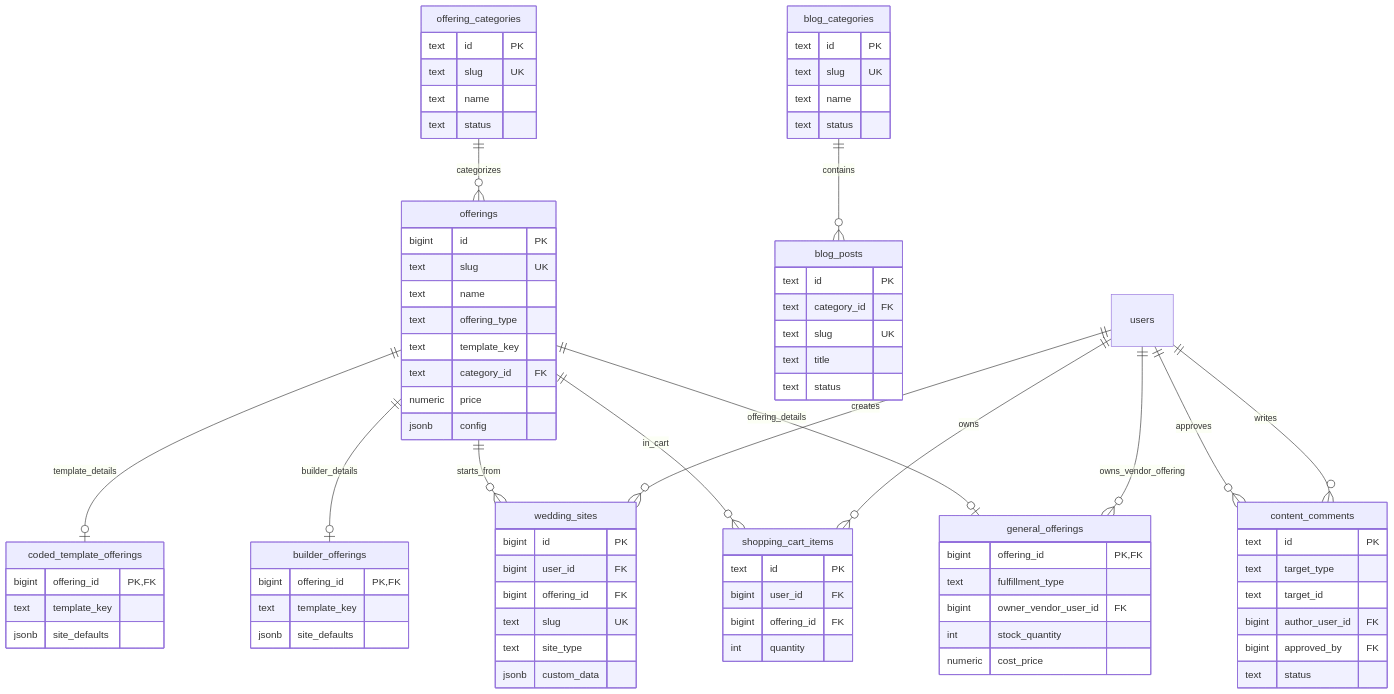
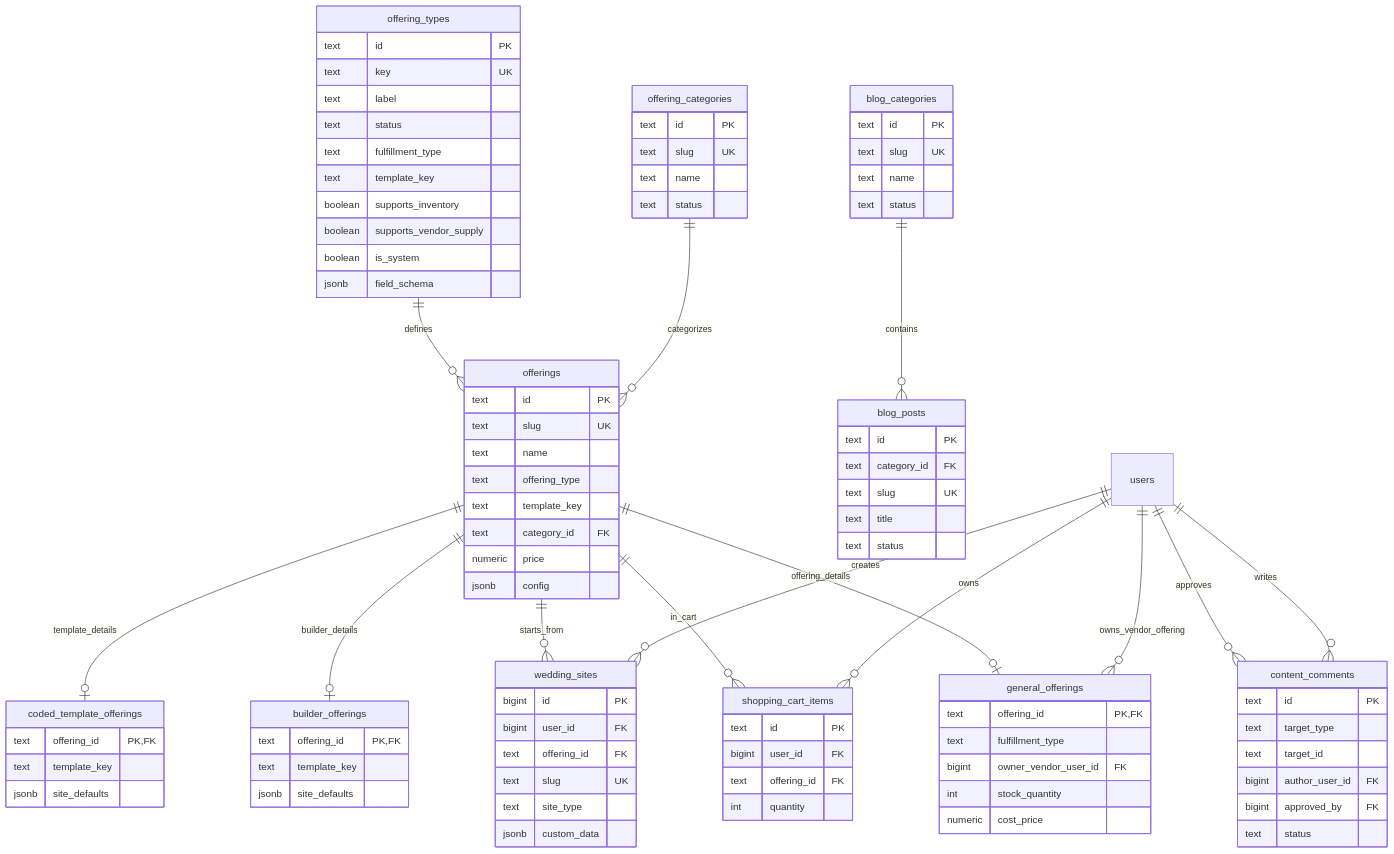
Before and after one commit to hoangpham2263/pinklove: the sixth of 8 diagrams in docs/schema.md, drawn with Mermaid. The commit also changed other lines of this file and 5 other files, not shown here.

First line of the commit message:
Enhance documentation for offering types and schema updates

```diff
--- a/docs/schema.md
+++ b/docs/schema.md
@@ -462,8 +496,21 @@
     text status
   }
 
+  offering_types {
+    text id PK
+    text key UK
+    text label
+    text status
+    text fulfillment_type
+    text template_key
+    boolean supports_inventory
+    boolean supports_vendor_supply
+    boolean is_system
+    jsonb field_schema
+  }
+
   offerings {
-    bigint id PK
+    text id PK
     text slug UK
     text name
     text offering_type
@@ -474,19 +521,19 @@
   }
 
   coded_template_offerings {
-    bigint offering_id PK, FK
+    text offering_id PK, FK
     text template_key
     jsonb site_defaults
   }
 
   builder_offerings {
-    bigint offering_id PK, FK
+    text offering_id PK, FK
     text template_key
     jsonb site_defaults
   }
 
   general_offerings {
-    bigint offering_id PK, FK
+    text offering_id PK, FK
     text fulfillment_type
     bigint owner_vendor_user_id FK
     int stock_quantity
@@ -496,7 +543,7 @@
   wedding_sites {
     bigint id PK
     bigint user_id FK
-    bigint offering_id FK
+    text offering_id FK
     text slug UK
     text site_type
     jsonb custom_data
@@ -505,7 +552,7 @@
   shopping_cart_items {
     text id PK
     bigint user_id FK
-    bigint offering_id FK
+    text offering_id FK
     int quantity
   }
 
@@ -540,6 +587,7 @@
   users ||--o{ general_offerings : owns_vendor_offering
 
   offering_categories ||--o{ offerings : categorizes
+  offering_types ||--o{ offerings : defines
   offerings ||--o| coded_template_offerings : template_details
   offerings ||--o| builder_offerings : builder_details
   offerings ||--o| general_offerings : offering_details
```
